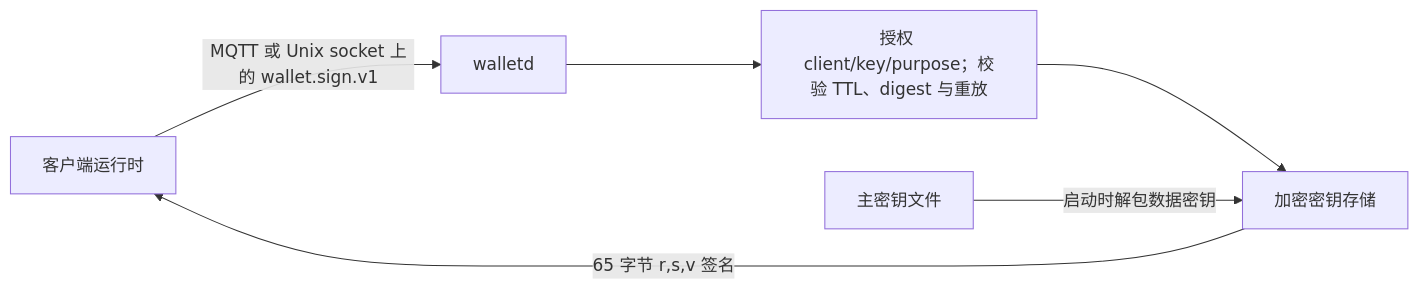
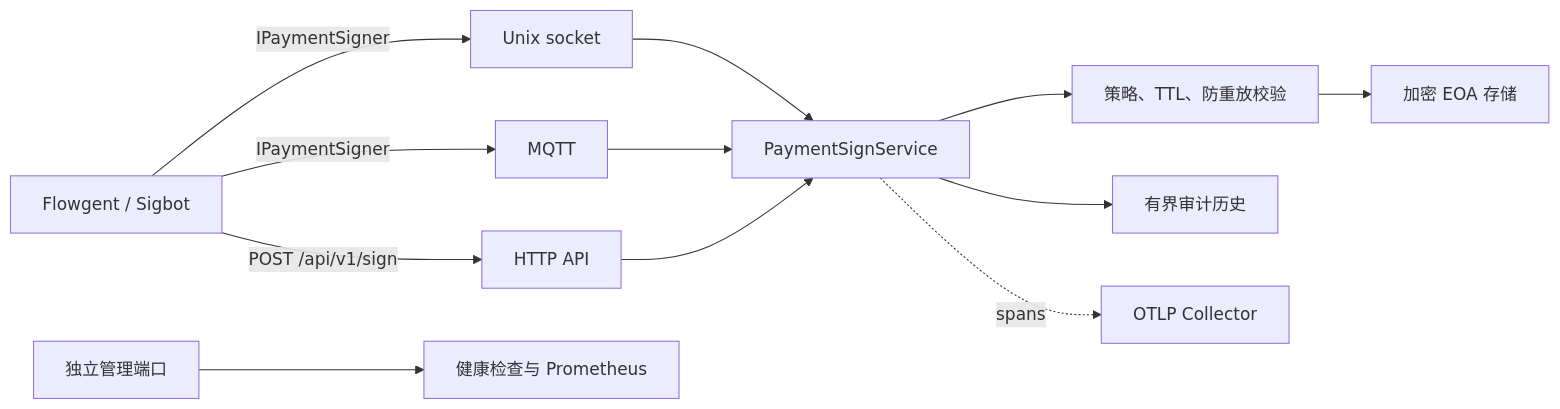
The diagram in README_ZH.md (wl4g-blockchain/agentvault), drawn with Mermaid before and after one commit. The commit also changed other lines of this file and 57 other files, not shown here.

````diff
--- a/README_ZH.md
+++ b/README_ZH.md
@@ -7,8 +7,14 @@
 ```mermaid
 flowchart LR
-    C[客户端运行时] -->|MQTT 或 Unix socket 上的 wallet.sign.v1| W[walletd]
-    W --> V[授权 client/key/purpose；校验 TTL、digest 与重放]
-    V --> S[加密密钥存储]
-    S -->|65 字节 r,s,v 签名| C
-    M[主密钥文件] -->|启动时解包数据密钥| S
+    A[Flowgent / Sigbot] -->|IPaymentSigner| L[Unix socket]
+    A -->|IPaymentSigner| Q[MQTT]
+    A -->|POST /api/v1/sign| H[HTTP API]
+    L --> S[PaymentSignService]
+    Q --> S
+    H --> S
+    S --> V[策略、TTL、防重放校验]
+    V --> K[加密 EOA 存储]
+    S --> D[有界审计历史]
+    M[独立管理端口] --> P[健康检查与 Prometheus]
+    S -. spans .-> O[OTLP Collector]
 ```
````
